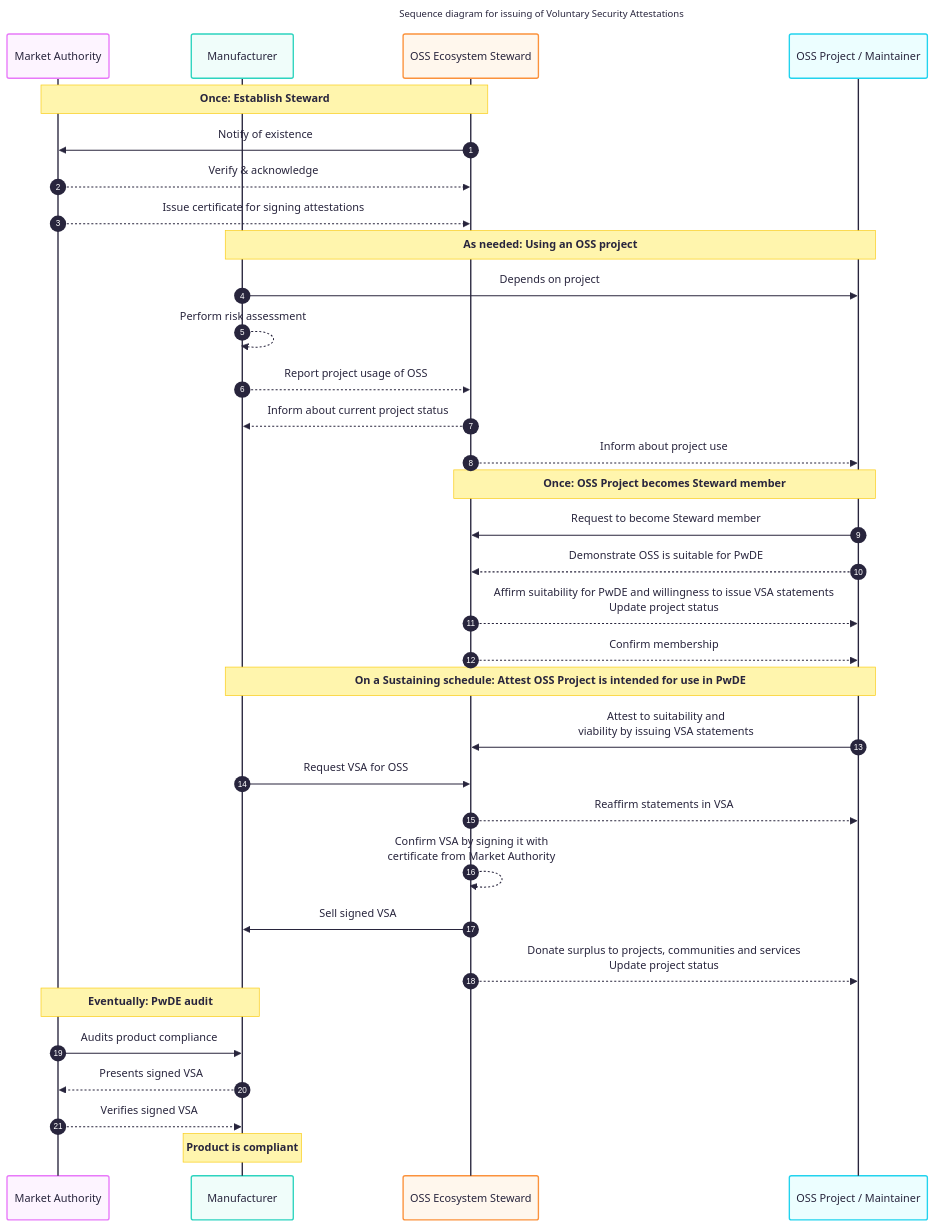
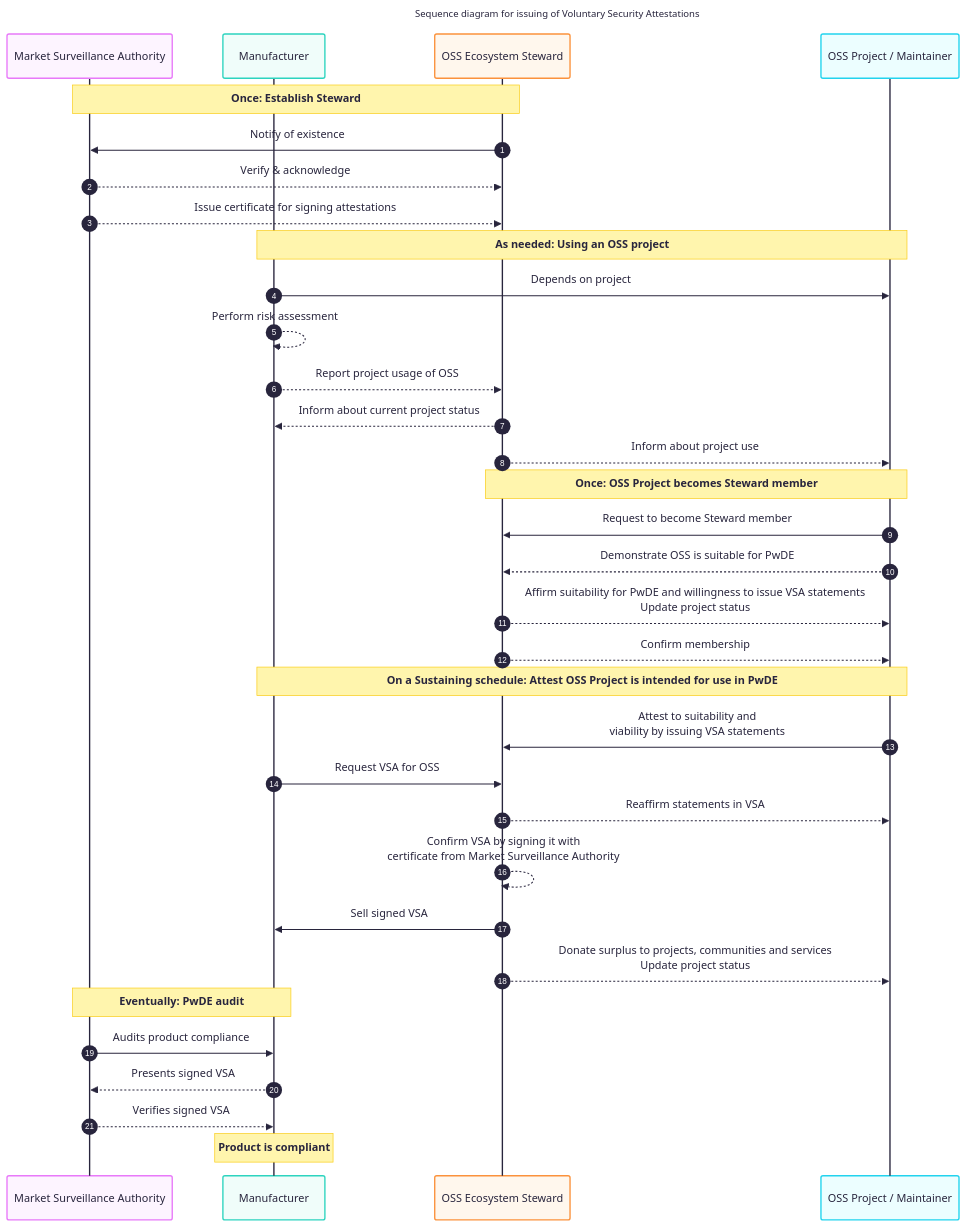
One commit to CPAN-Security/security.metacpan.org changed the diagram in docs/ecosystem-steward.md. Above: the diagram before and after it, drawn with Mermaid. The commit also changed other lines of this file, not shown here.

````diff
--- a/docs/ecosystem-steward.md
+++ b/docs/ecosystem-steward.md
@@ -320,42 +313,42 @@
 ```mermaid
 ---
 title: Sequence diagram for issuing of Voluntary Security Attestations
 config:
     theme: redux-color
     layout: elk
     look: classic
 ---
 sequenceDiagram
     autonumber
-    participant MA as Market Authority
+    participant MA as Market Surveillance Authority
     participant MFG as Manufacturer
     participant ES as OSS Ecosystem Steward
     participant OSS as OSS Project / Maintainer
     note over MA,ES: Once: Establish Steward
     ES->>MA: Notify of existence
     MA-->>ES: Verify & acknowledge
     MA-->>ES: Issue certificate for signing attestations
     note over MFG,OSS: As needed: Using an OSS project
     MFG->>OSS: Depends on project
     MFG-->>MFG: Perform risk assessment
     MFG-->>ES: Report project usage of OSS
     ES-->>MFG: Inform about current project status
     ES-->>OSS: Inform about project use
     note over ES,OSS: Once: OSS Project becomes Steward member
     OSS->>ES: Request to become Steward member
     OSS-->>ES: Demonstrate OSS is suitable for PwDE
     ES-->>OSS: Affirm suitability for PwDE and willingness to issue VSA statements<br>Update project status
     ES-->>OSS: Confirm membership
     note over MFG,OSS: On a Sustaining schedule: Attest OSS Project is intended for use in PwDE
     OSS->>ES: Attest to suitability and<br>viability by issuing VSA statements
     MFG->>ES: Request VSA for OSS
     ES-->>OSS: Reaffirm statements in VSA
-    ES-->>ES: Confirm VSA by signing it with<br>certificate from Market Authority
+    ES-->>ES: Confirm VSA by signing it with<br>certificate from Market Surveillance Authority
     ES->>MFG: Sell signed VSA
     ES-->>OSS: Donate surplus to projects, communities and services<br>Update project status
     note over MA,MFG: Eventually: PwDE audit
     MA->>MFG: Audits product compliance
     MFG-->>MA: Presents signed VSA
     MA-->>MFG: Verifies signed VSA
     note over MFG: Product is compliant
 ```
````
